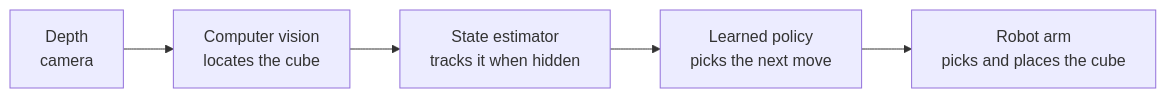
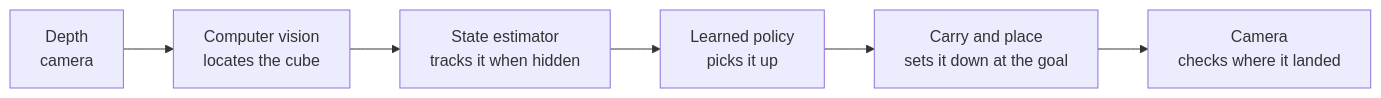
Before and after one commit to SEVT-Logistics-Private-Limited/My-AI-Engineering-Journey: the second of 2 diagrams in README.md, drawn with Mermaid. The commit also changed other lines of this file and 1 other file, not shown here.

First line of the commit message:
READMEs: present the project as one pick-and-place system; rename it

````diff
--- a/README.md
+++ b/README.md
@@ -52,4 +52,4 @@
 ```mermaid
 flowchart LR
-    A["Depth<br/>camera"] --> B["Computer vision<br/>locates the cube"] --> C["State estimator<br/>tracks it when hidden"] --> D["Learned policy<br/>picks the next move"] --> E["Robot arm<br/>picks and places the cube"]
+    A["Depth<br/>camera"] --> B["Computer vision<br/>locates the cube"] --> C["State estimator<br/>tracks it when hidden"] --> D["Learned policy<br/>picks it up"] --> E["Carry and place<br/>sets it down at the goal"] --> F["Camera<br/>checks where it landed"]
 ```
````
